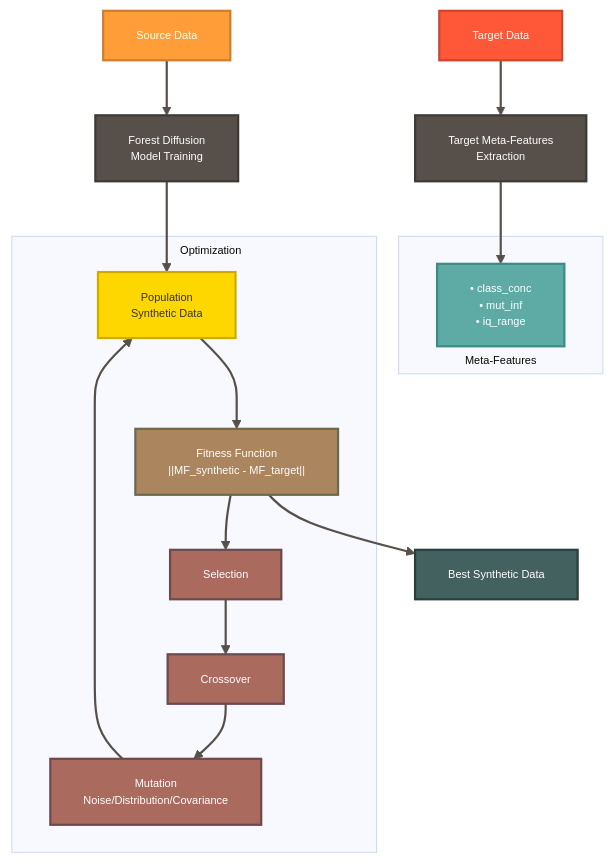
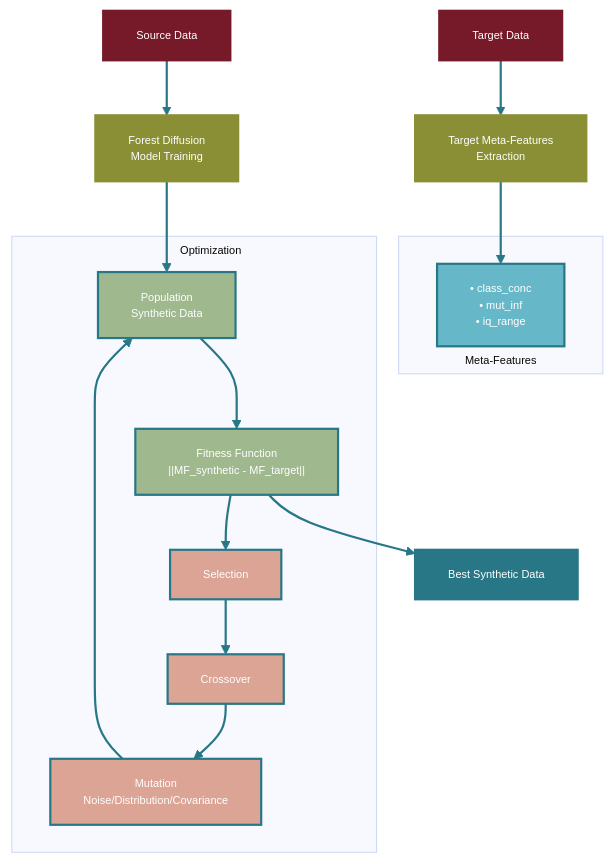
One commit to ITMO-NSS-team/OOD_Tab_Evaluation changed the second of 2 diagrams in README.md. Above: the diagram before and after it, drawn with Mermaid. The commit also changed other lines of this file, not shown here.

````diff
--- a/README.md
+++ b/README.md
@@ -114,36 +114,36 @@
 ```mermaid
 %%{init: {'theme': 'base', 'themeVariables': { 'fontSize': '10px' }}}%%
 graph TD
     A[Source Data] --> C[Forest Diffusion<br/>Model Training]
     B[Target Data] --> D[Target Meta-Features<br/>Extraction]
     
     subgraph Meta-Features["<div style='text-align: center; margin-top: 105px;'>Meta-Features</div>"]
         E["• class_conc<br/>• mut_inf<br/>• iq_range"]
     end
     
     subgraph Evolutionary Process["<div style='text-align: left; margin-top: 5px; margin-left: 30px;'>Optimization</div>"]
         F["Population<br/>Synthetic Data"] --> G["Fitness Function<br/>||MF_synthetic - MF_target||"]
         G --> H["Selection"]
         H --> I["Crossover"]
         I --> J["Mutation<br/>Noise/Distribution/Covariance"]
         J --> F
     end
     
     C --> F
     D --> E
     G --> K["Best Synthetic Data"]
     
-    style A fill:#FF9E38,stroke:#CC7E2E,stroke-width:2px,color:#fff
-    style B fill:#FF5838,stroke:#CC462E,stroke-width:2px,color:#fff
-    style C fill:#57504A,stroke:#3D3A35,stroke-width:2px,color:#fff
-    style D fill:#57504A,stroke:#3D3A35,stroke-width:2px,color:#fff
-    style K fill:#43615F,stroke:#2A3F3D,stroke-width:2px,color:#fff
-    style E fill:#5EAAA5,stroke:#3E8A85,stroke-width:2px,color:#fff
-    style F fill:#FFD700,stroke:#CCAC00,stroke-width:2px
-    style G fill:#AA855E,stroke:#6A6A4E,stroke-width:2px,color:#fff
-    style H fill:#AA6A5E,stroke:#6A4A4E,stroke-width:2px,color:#fff
-    style I fill:#AA6A5E,stroke:#6A4A4E,stroke-width:2px,color:#fff
-    style J fill:#AA6A5E,stroke:#6A4A4E,stroke-width:2px,color:#fff
+    style A fill:#761A29,stroke:#761A29,stroke-width:2px,color:#fff
+    style B fill:#761A29,stroke:#761A29,stroke-width:2px,color:#fff
+    style C fill:#8A8F35,stroke:#8A8F35,stroke-width:2px,color:#fff
+    style D fill:#8A8F35,stroke:#8A8F35,stroke-width:2px,color:#fff
+    style K fill:#287786,stroke:#287786,stroke-width:2px,color:#fff
+    style E fill:#66B8C8,stroke:#287786,stroke-width:2px,color:#fff
+    style F fill:#9FB88E,stroke:#287786,stroke-width:2px,color:#fff
+    style G fill:#9FB88E,stroke:#287786,stroke-width:2px,color:#fff
+    style H fill:#DBA494,stroke:#287786,stroke-width:2px,color:#fff
+    style I fill:#DBA494,stroke:#287786,stroke-width:2px,color:#fff
+    style J fill:#DBA494,stroke:#287786,stroke-width:2px,color:#fff
     
-    linkStyle default stroke:#57504A,stroke-width:2px
+    linkStyle default stroke:#287786,stroke-width:2px
 ```
````
